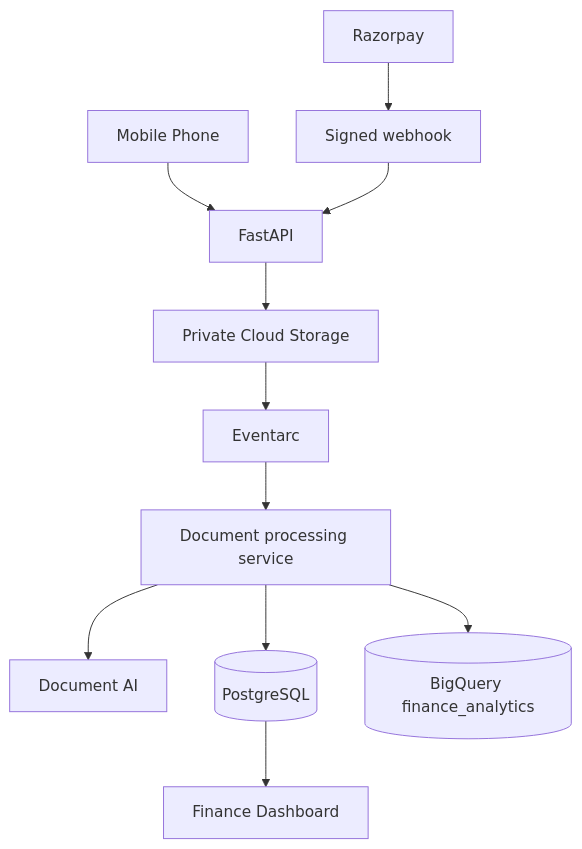
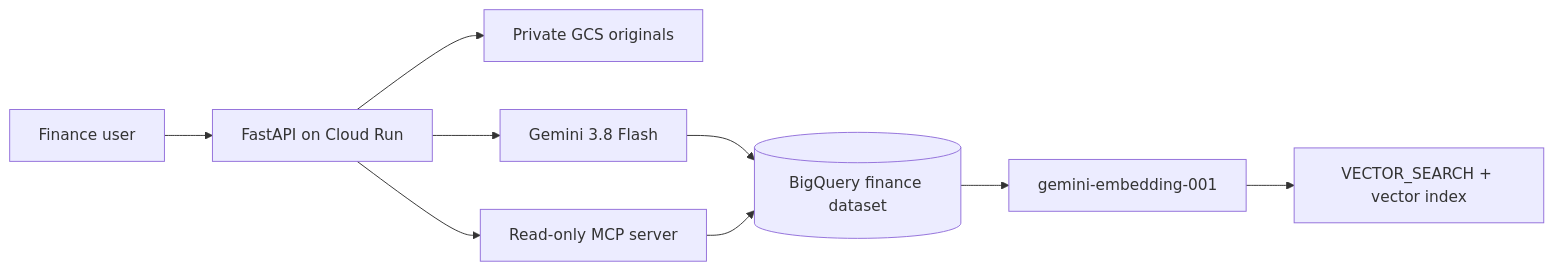
One commit to ramamurthy-540835/Bills_Vouchers changed the diagram in README.md. Above: the diagram before and after it, drawn with Mermaid. The commit also changed other lines of this file and 43 other files, not shown here.

Commit message:
Add BigQuery GCP backend and Next.js frontend

````diff
--- a/README.md
+++ b/README.md
@@ -16,11 +16,11 @@
 ```mermaid
-flowchart TD
-  Phone[Mobile Phone] --> API[FastAPI]
-  API --> GCS[Private Cloud Storage]
-  GCS --> Eventarc --> Processor[Document processing service]
-  Processor --> DocAI[Document AI]
-  Processor --> PG[(PostgreSQL)]
-  Processor --> BQ[(BigQuery finance_analytics)]
-  Razorpay --> Webhook[Signed webhook] --> API
-  PG --> Dashboard[Finance Dashboard]
+flowchart LR
+  User[Finance user] --> API[FastAPI on Cloud Run]
+  API --> GCS[Private GCS originals]
+  API --> Gemini[Gemini 3.8 Flash]
+  Gemini --> BQ[(BigQuery finance dataset)]
+  BQ --> Embed[gemini-embedding-001]
+  Embed --> Vector[VECTOR_SEARCH + vector index]
+  API --> MCP[Read-only MCP server]
+  MCP --> BQ
 ```
````
